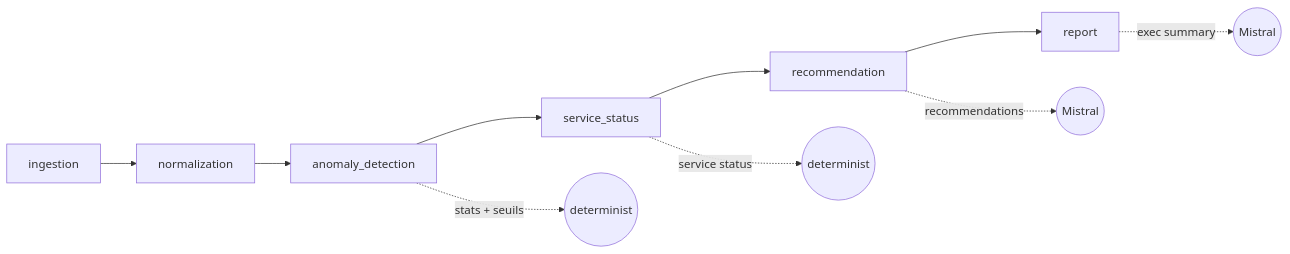
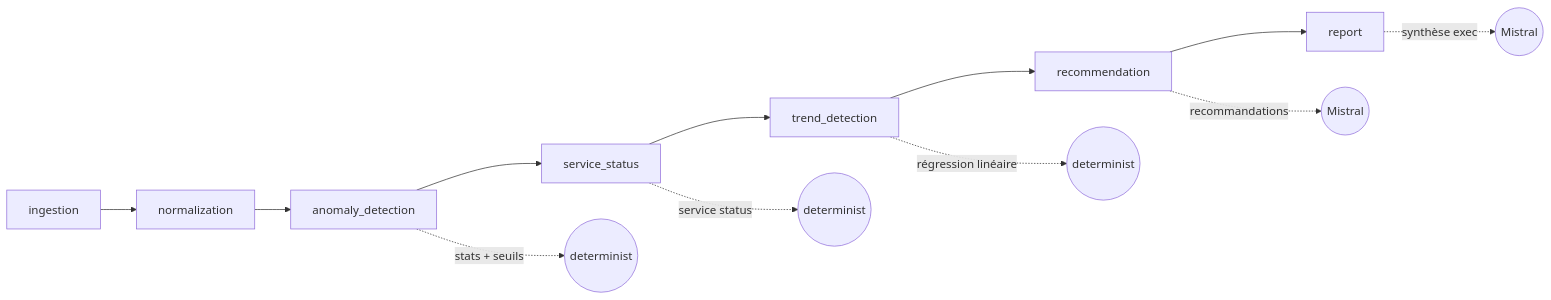
Before and after one commit to DoubleH10/test-optimization: the diagram in README.md, drawn with Mermaid. The commit also changed other lines of this file and 7 other files, not shown here.

First line of the commit message:
feat(extra-mile): trend detection + comparison mode + Streamlit dashboard

````diff
--- a/README.md
+++ b/README.md
@@ -93,13 +99,15 @@
 ```mermaid
 flowchart LR
     A[ingestion] --> B[normalization]
     B --> C[anomaly_detection]
     C --> D[service_status]
-    D --> E[recommendation]
+    D --> T[trend_detection]
+    T --> E[recommendation]
     E --> F[report]
 
     C -.->|stats + seuils| C1((determinist))
     D -.->|service status| D1((determinist))
-    E -.->|recommendations| E1((Mistral))
-    F -.->|exec summary| F1((Mistral))
+    T -.->|régression linéaire| T1((determinist))
+    E -.->|recommandations| E1((Mistral))
+    F -.->|synthèse exec| F1((Mistral))
 ```
````
